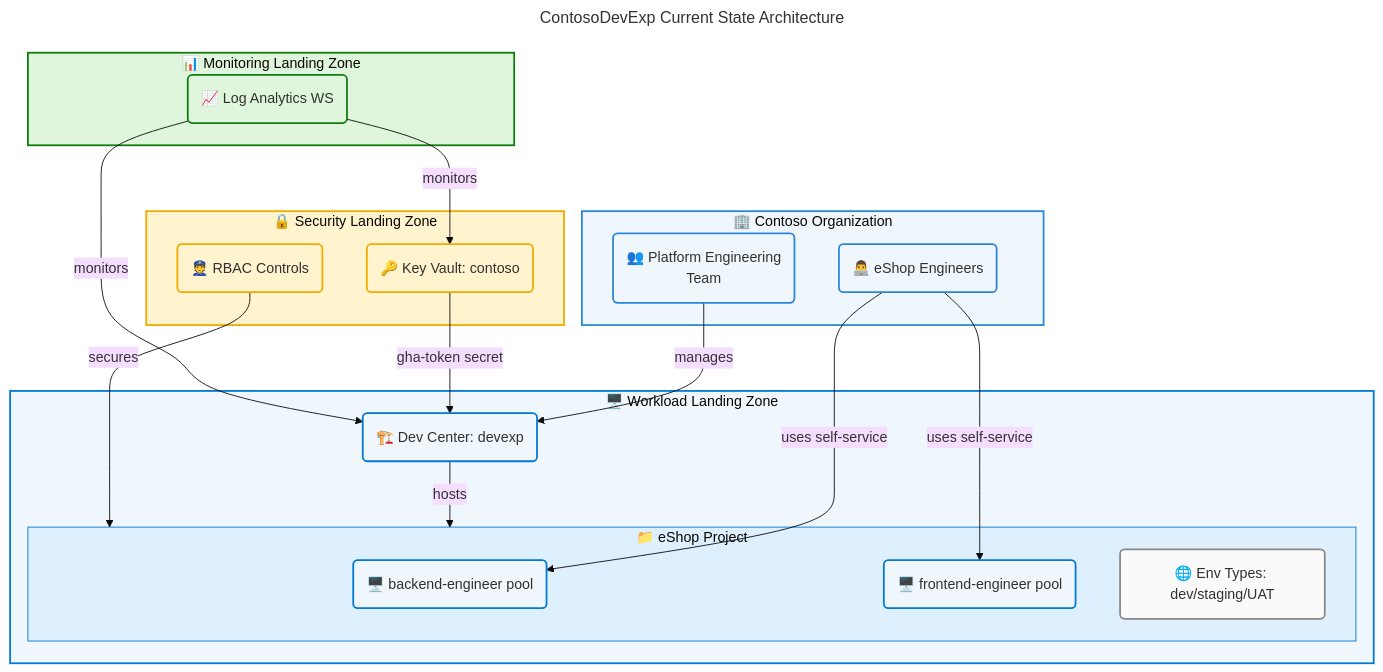
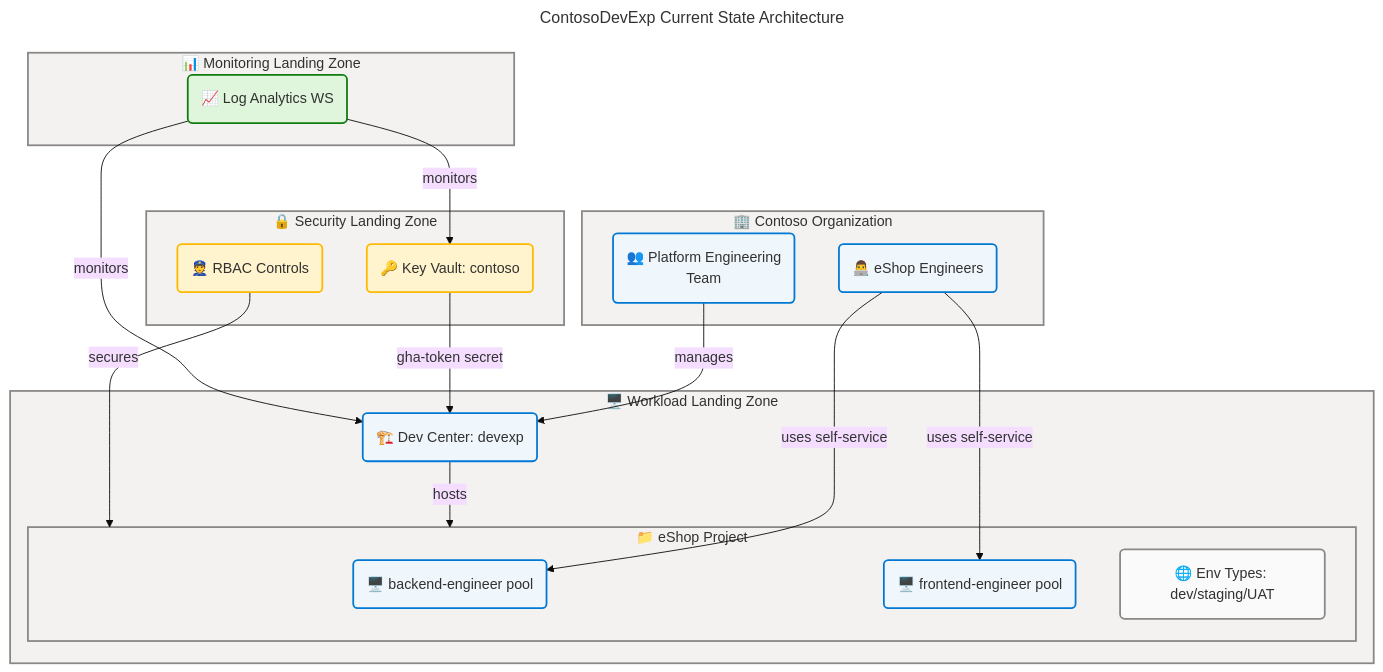
Before and after one commit to Evilazaro/DevExp-DevBox: the fourth of 6 diagrams in docs/architecture/bus-arch.md, drawn with Mermaid. The commit also changed other lines of this file, not shown here.

Commit message:
Add organizational structure and architecture principles diagrams to documentation

````diff
--- a/docs/architecture/bus-arch.md
+++ b/docs/architecture/bus-arch.md
@@ -715,72 +849,72 @@
 ```mermaid
 ---
 title: ContosoDevExp Current State Architecture
 config:
   theme: base
   look: classic
   layout: dagre
   themeVariables:
     fontSize: '16px'
   flowchart:
     htmlLabels: true
 ---
 flowchart TB
     accTitle: ContosoDevExp Current State Business Architecture
     accDescr: Current state architecture diagram showing the deployed ContosoDevExp platform with Dev Center, eShop project, Key Vault, Log Analytics, and organizational units as of 2026-04-14.
 
     %% ═══════════════════════════════════════════════════════════════════════════
     %% AZURE / FLUENT ARCHITECTURE PATTERN v2.0
     %% (Semantic + Structural + Font + Accessibility Governance)
     %% ═══════════════════════════════════════════════════════════════════════════
     %% PHASE 1 - FLUENT UI: All styling uses approved Fluent UI palette only
     %% PHASE 2 - GROUPS: Every subgraph has semantic color via style directive
     %% PHASE 3 - COMPONENTS: Every node has semantic classDef + icon prefix
     %% PHASE 4 - ACCESSIBILITY: accTitle/accDescr present, WCAG AA contrast
     %% PHASE 5 - STANDARD: Governance block present, classDefs centralized
     %% ═══════════════════════════════════════════════════════════════════════════
 
     subgraph ORG["🏢 Contoso Organization"]
         PE("👥 Platform Engineering\nTeam"):::identity
         DEV("👨‍💻 eShop Engineers"):::identity
     end
 
     subgraph WORK["🖥️ Workload Landing Zone"]
         DC("🏗️ Dev Center: devexp"):::core
         subgraph PROJ["📁 eShop Project"]
             POOL1("🖥️ backend-engineer pool"):::core
             POOL2("🖥️ frontend-engineer pool"):::core
             ET("🌐 Env Types: dev/staging/UAT"):::neutral
         end
     end
 
     subgraph SEC["🔒 Security Landing Zone"]
         KV("🔑 Key Vault: contoso"):::security
         RBAC("👮 RBAC Controls"):::security
     end
 
     subgraph MON["📊 Monitoring Landing Zone"]
         LA("📈 Log Analytics WS"):::monitoring
     end
 
     PE -->|manages| DC
     DEV -->|uses self-service| POOL1
     DEV -->|uses self-service| POOL2
     DC -->|hosts| PROJ
     KV -->|gha-token secret| DC
     RBAC -->|secures| PROJ
     LA -->|monitors| DC
     LA -->|monitors| KV
 
     %% Centralized classDef palette (AZURE/FLUENT v1.1)
     classDef core fill:#EFF6FC,stroke:#0078D4,stroke-width:2px,color:#323130
-    classDef security fill:#FFF4CE,stroke:#F2A900,stroke-width:2px,color:#323130
+    classDef security fill:#FFF4CE,stroke:#FFB900,stroke-width:2px,color:#323130
     classDef monitoring fill:#DFF6DD,stroke:#107C10,stroke-width:2px,color:#323130
-    classDef identity fill:#EFF6FC,stroke:#2B88D8,stroke-width:2px,color:#323130
+    classDef identity fill:#EFF6FC,stroke:#0078D4,stroke-width:2px,color:#323130
     classDef neutral fill:#FAFAFA,stroke:#8A8886,stroke-width:2px,color:#323130
 
-    style ORG fill:#EFF6FC,stroke:#2B88D8,stroke-width:2px
-    style WORK fill:#EFF6FC,stroke:#0078D4,stroke-width:2px
-    style PROJ fill:#DEEFFE,stroke:#0078D4,stroke-width:1px
-    style SEC fill:#FFF4CE,stroke:#F2A900,stroke-width:2px
-    style MON fill:#DFF6DD,stroke:#107C10,stroke-width:2px
+    style ORG fill:#F3F2F1,stroke:#8A8886,stroke-width:2px,color:#323130
+    style WORK fill:#F3F2F1,stroke:#8A8886,stroke-width:2px,color:#323130
+    style PROJ fill:#F3F2F1,stroke:#8A8886,stroke-width:2px,color:#323130
+    style SEC fill:#F3F2F1,stroke:#8A8886,stroke-width:2px,color:#323130
+    style MON fill:#F3F2F1,stroke:#8A8886,stroke-width:2px,color:#323130
 ```
````
